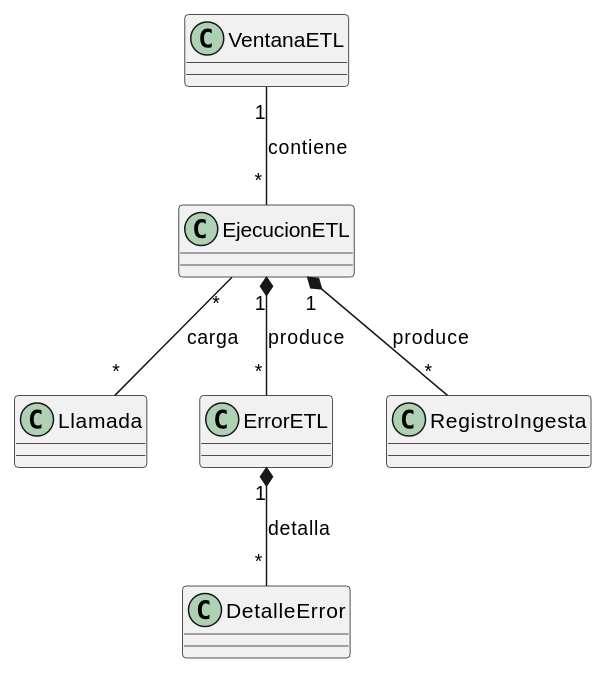
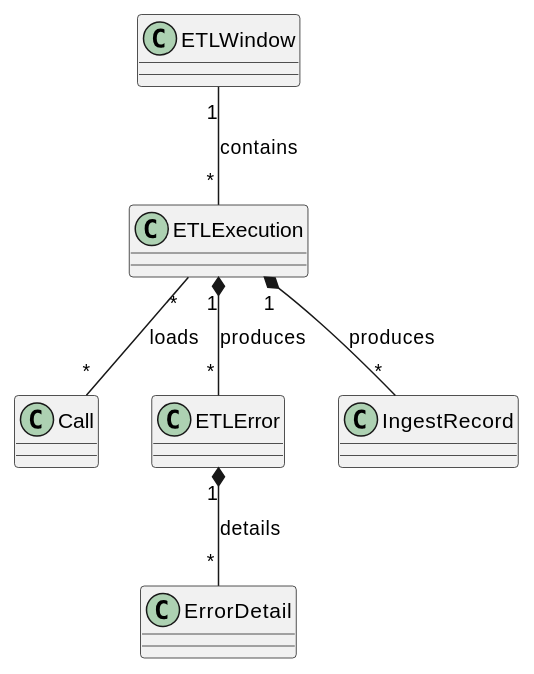
The diagram in source/requisitos/_metodologia-aplicacion/analisis-dominio/equivalente-iact-ejecucionetl-y-sus-partes.rst (jcg-admin/IACT-docs), drawn with PlantUML before and after one commit. The commit also changed 21 other files, not shown here.

```diff
--- a/source/requisitos/_metodologia-aplicacion/analisis-dominio/equivalente-iact-ejecucionetl-y-sus-partes.rst
+++ b/source/requisitos/_metodologia-aplicacion/analisis-dominio/equivalente-iact-ejecucionetl-y-sus-partes.rst
@@ -8,16 +8,16 @@
 .. uml::
 
    @startuml
-   class EjecucionETL
-   class VentanaETL
-   class Llamada
-   class ErrorETL
-   class RegistroIngesta
-   class DetalleError
+   class ETLExecution
+   class ETLWindow
+   class Call
+   class ETLError
+   class IngestRecord
+   class ErrorDetail
 
-   VentanaETL "1" -- "*" EjecucionETL : contiene
-   EjecucionETL "1" *-- "*" ErrorETL : produce
-   EjecucionETL "1" *-- "*" RegistroIngesta : produce
-   EjecucionETL "*" -- "*" Llamada : carga
-   ErrorETL "1" *-- "*" DetalleError : detalla
+   ETLWindow "1" -- "*" ETLExecution : contains
+   ETLExecution "1" *-- "*" ETLError : produces
+   ETLExecution "1" *-- "*" IngestRecord : produces
+   ETLExecution "*" -- "*" Call : loads
+   ETLError "1" *-- "*" ErrorDetail : details
    @enduml
```
